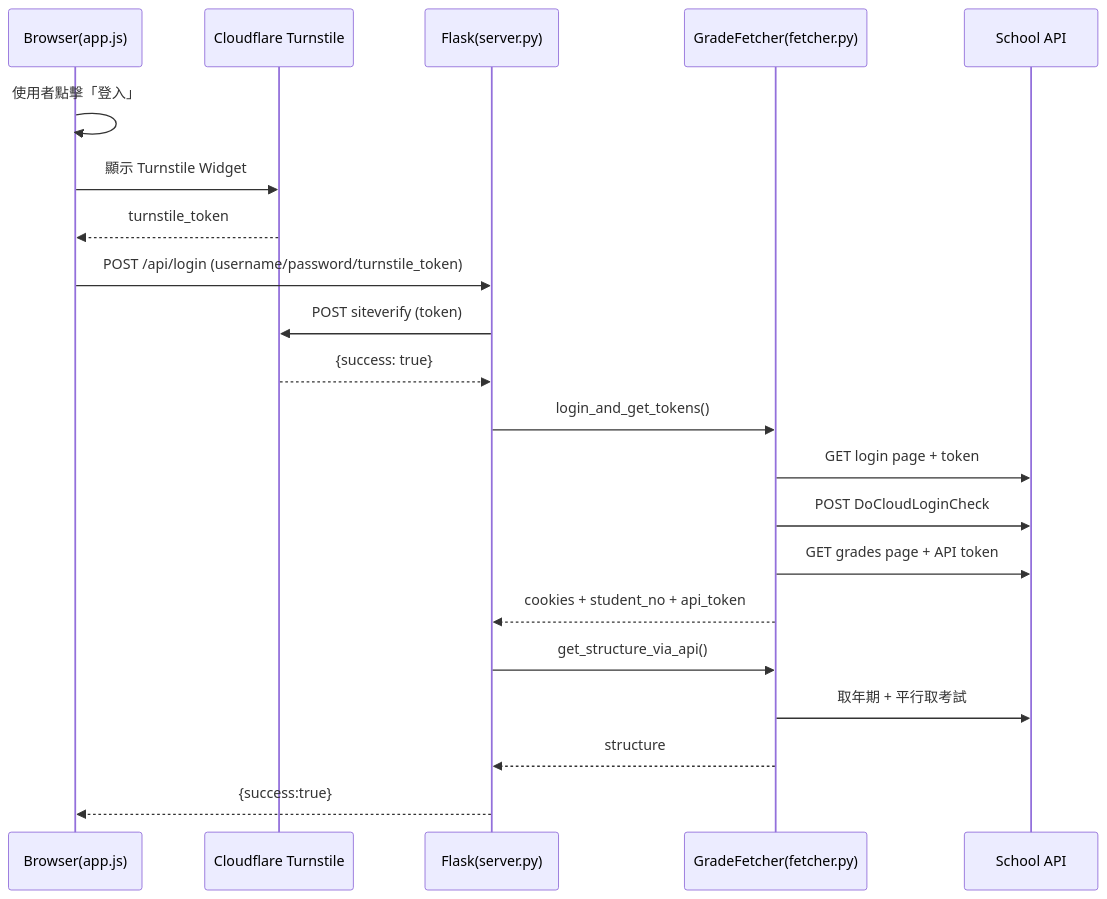
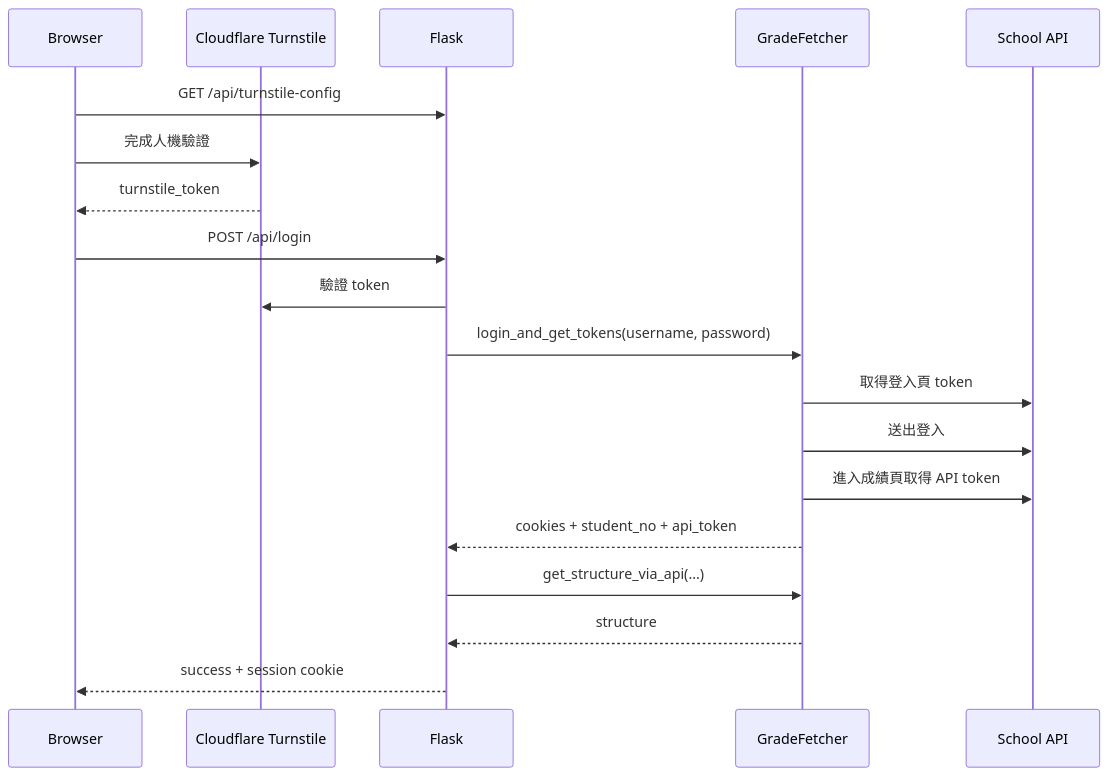
One commit to alvin000009238/grades changed the second of 2 diagrams in docs/ARCHITECTURE.md. Above: the diagram before and after it, drawn with Mermaid. The commit also changed other lines of this file and 1 other file, not shown here.

Commit message:
fix(deps): pin Flask-Session version to resolve docker build collision

````diff
--- a/docs/ARCHITECTURE.md
+++ b/docs/ARCHITECTURE.md
@@ -203,24 +172,22 @@
 ```mermaid
 sequenceDiagram
-    participant Browser as Browser(app.js)
+    participant Browser as Browser
     participant CF as Cloudflare Turnstile
-    participant Server as Flask(server.py)
-    participant Fetcher as GradeFetcher(fetcher.py)
+    participant Flask as Flask
+    participant Fetcher as GradeFetcher
     participant School as School API
 
-    Browser->>Browser: 使用者點擊「登入」
-    Browser->>CF: 顯示 Turnstile Widget
+    Browser->>Flask: GET /api/turnstile-config
+    Browser->>CF: 完成人機驗證
     CF-->>Browser: turnstile_token
-    Browser->>Server: POST /api/login (username/password/turnstile_token)
-    Server->>CF: POST siteverify (token)
-    CF-->>Server: {success: true}
-    Server->>Fetcher: login_and_get_tokens()
-    Fetcher->>School: GET login page + token
-    Fetcher->>School: POST DoCloudLoginCheck
-    Fetcher->>School: GET grades page + API token
-    Fetcher-->>Server: cookies + student_no + api_token
-    Server->>Fetcher: get_structure_via_api()
-    Fetcher->>School: 取年期 + 平行取考試
-    Fetcher-->>Server: structure
-    Server-->>Browser: {success:true}
+    Browser->>Flask: POST /api/login
+    Flask->>CF: 驗證 token
+    Flask->>Fetcher: login_and_get_tokens(username, password)
+    Fetcher->>School: 取得登入頁 token
+    Fetcher->>School: 送出登入
+    Fetcher->>School: 進入成績頁取得 API token
+    Fetcher-->>Flask: cookies + student_no + api_token
+    Flask->>Fetcher: get_structure_via_api(...)
+    Fetcher-->>Flask: structure
+    Flask-->>Browser: success + session cookie
 ```
````
